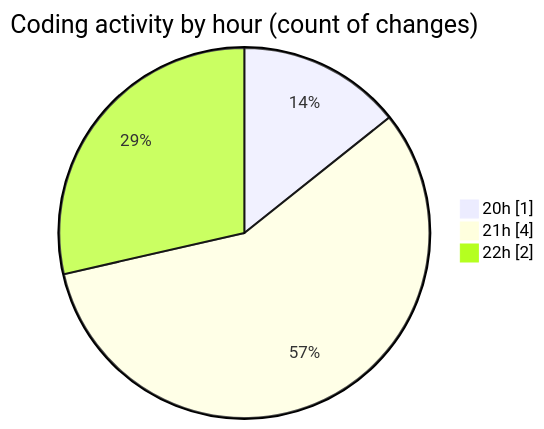
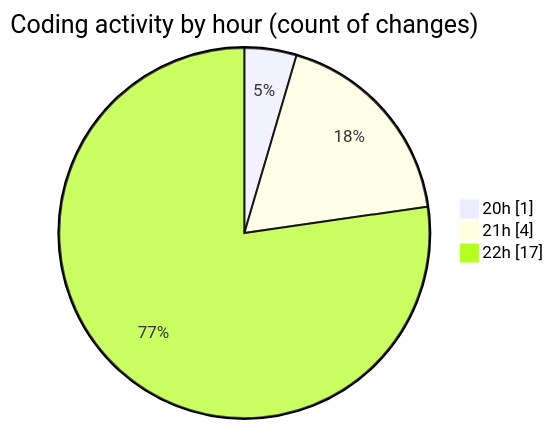
The second of 2 diagrams in 2025-11-19/eventscop__workspace_/README.md (julien-gomy/code-tracking), drawn with Mermaid before and after one commit. The commit also changed other lines of this file and 1 other file, not shown here.

````diff
--- a/2025-11-19/eventscop__workspace_/README.md
+++ b/2025-11-19/eventscop__workspace_/README.md
@@ -34,7 +50,7 @@
 ```mermaid
 pie showData
 title Coding activity by hour (count of changes)
 "20h" : 1
 "21h" : 4
-"22h" : 2
+"22h" : 17
 ```
````
